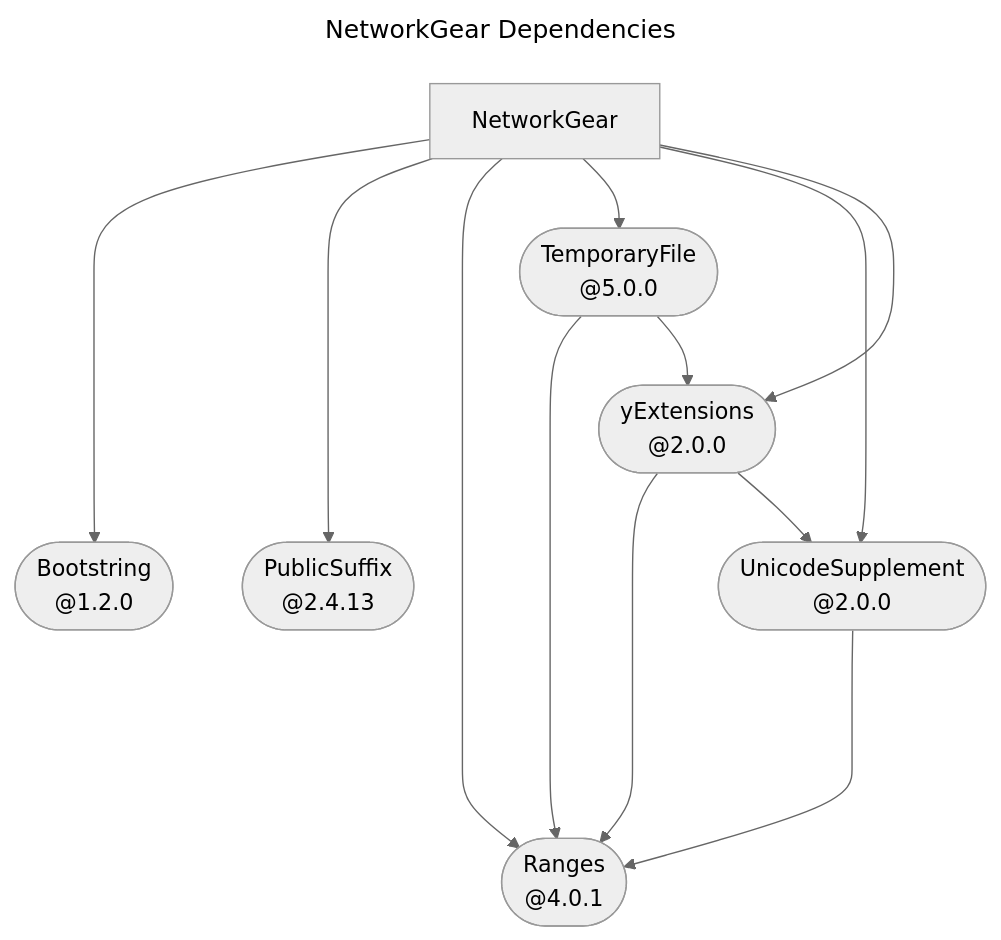
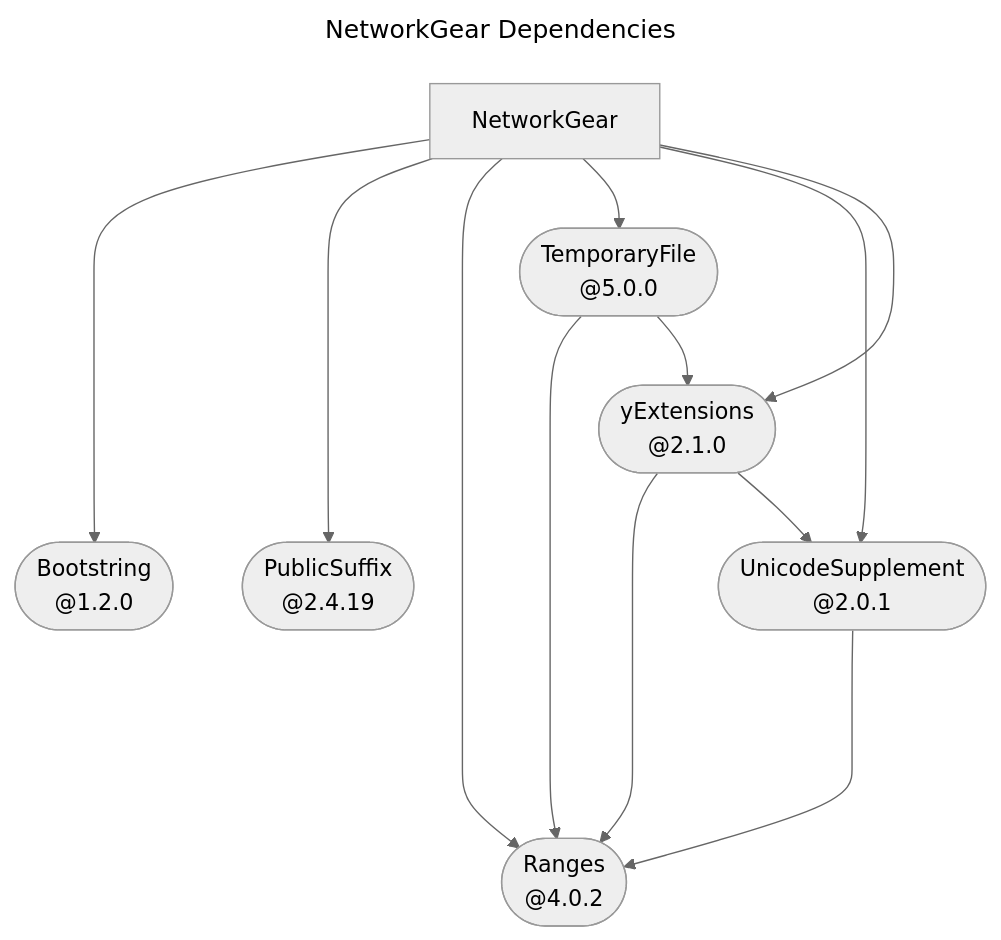
Before and after one commit to YOCKOW/SwiftNetworkGear: the diagram in README.md, drawn with Mermaid (neutral theme).

Commit message:
Update "./README.md".
This commit is done by the workflow in [SwiftPackageHelperTools](https://GitHub.com/YOCKOW/SwiftPackageHelperTools.git).
- UUID: e525f0a0-85e9-4e9c-8fd0-85e7c8b1456a
- Date: 2026-04-26 08:15:04+0000

````diff
--- a/README.md
+++ b/README.md
@@ -15,34 +15,34 @@
 ```mermaid
 ---
 title: NetworkGear Dependencies
 ---
 flowchart TD
   swiftbootstring(["Bootstring<br>@1.2.0"])
   swiftnetworkgear["NetworkGear"]
-  swiftpublicsuffix(["PublicSuffix<br>@2.4.13"])
-  swiftranges(["Ranges<br>@4.0.1"])
+  swiftpublicsuffix(["PublicSuffix<br>@2.4.19"])
+  swiftranges(["Ranges<br>@4.0.2"])
   swifttemporaryfile(["TemporaryFile<br>@5.0.0"])
-  swiftunicodesupplement(["UnicodeSupplement<br>@2.0.0"])
-  yswiftextensions(["yExtensions<br>@2.0.0"])
+  swiftunicodesupplement(["UnicodeSupplement<br>@2.0.1"])
+  yswiftextensions(["yExtensions<br>@2.1.0"])
 
   click swiftbootstring href "https://github.com/YOCKOW/SwiftBootstring.git"
   click swiftpublicsuffix href "https://github.com/YOCKOW/SwiftPublicSuffix.git"
   click swiftranges href "https://github.com/YOCKOW/SwiftRanges.git"
   click swifttemporaryfile href "https://github.com/YOCKOW/SwiftTemporaryFile.git"
   click swiftunicodesupplement href "https://github.com/YOCKOW/SwiftUnicodeSupplement.git"
   click yswiftextensions href "https://github.com/YOCKOW/ySwiftExtensions.git"
 
   swiftnetworkgear ----> swiftbootstring
   swiftnetworkgear ----> swiftpublicsuffix
   swiftnetworkgear ----> swiftranges
   swiftnetworkgear --> swifttemporaryfile
   swiftnetworkgear --> swiftunicodesupplement
   swiftnetworkgear --> yswiftextensions
   swifttemporaryfile ----> swiftranges
   swifttemporaryfile --> yswiftextensions
   swiftunicodesupplement ----> swiftranges
   yswiftextensions ----> swiftranges
   yswiftextensions --> swiftunicodesupplement
 
 
 ```
````
